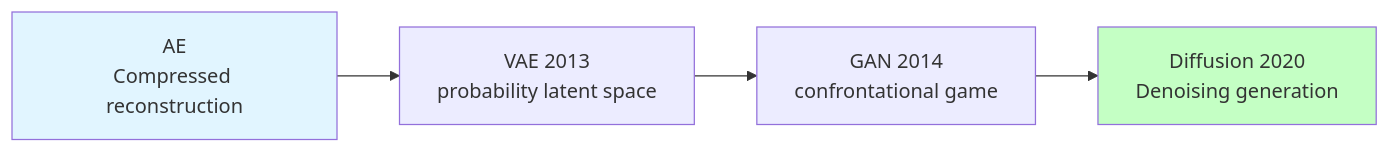
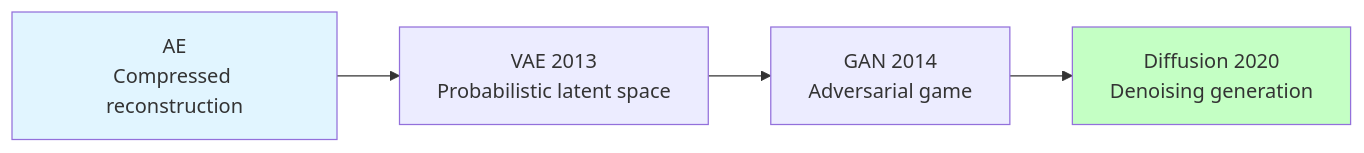
Before and after one commit to TingdeLiu/tingdeliu.github.io: diagram 13 of 15 in _translations/en/research/Deep-Learning-Survey.md, drawn with Mermaid. The commit also changed other lines of this file and 51 other files, not shown here.

````diff
--- a/_translations/en/research/Deep-Learning-Survey.md
+++ b/_translations/en/research/Deep-Learning-Survey.md
@@ -1935,8 +1935,8 @@
 ```mermaid
 flowchart LR
-    AE["AE<br/>Compressed reconstruction"] --> VAE["VAE 2013<br/>probability latent space"]
-    VAE --> GAN["GAN 2014<br/>confrontational game"]
+    AE["AE<br/>Compressed reconstruction"] --> VAE["VAE 2013<br/>Probabilistic latent space"]
+    VAE --> GAN["GAN 2014<br/>Adversarial game"]
     GAN --> DIFF["Diffusion 2020<br/>Denoising generation"]
     style AE fill:#e1f5ff
     style DIFF fill:#c4ffc4
 ```
````
